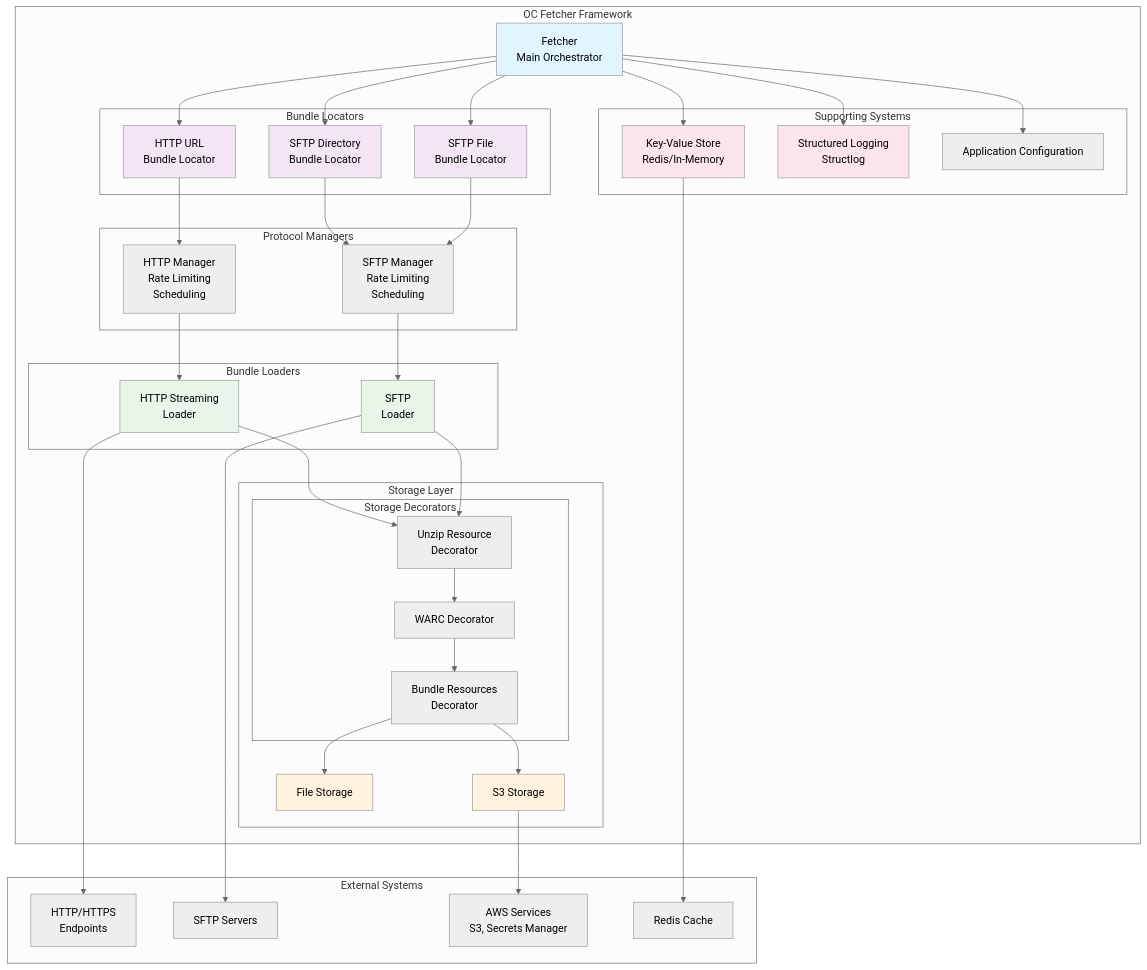
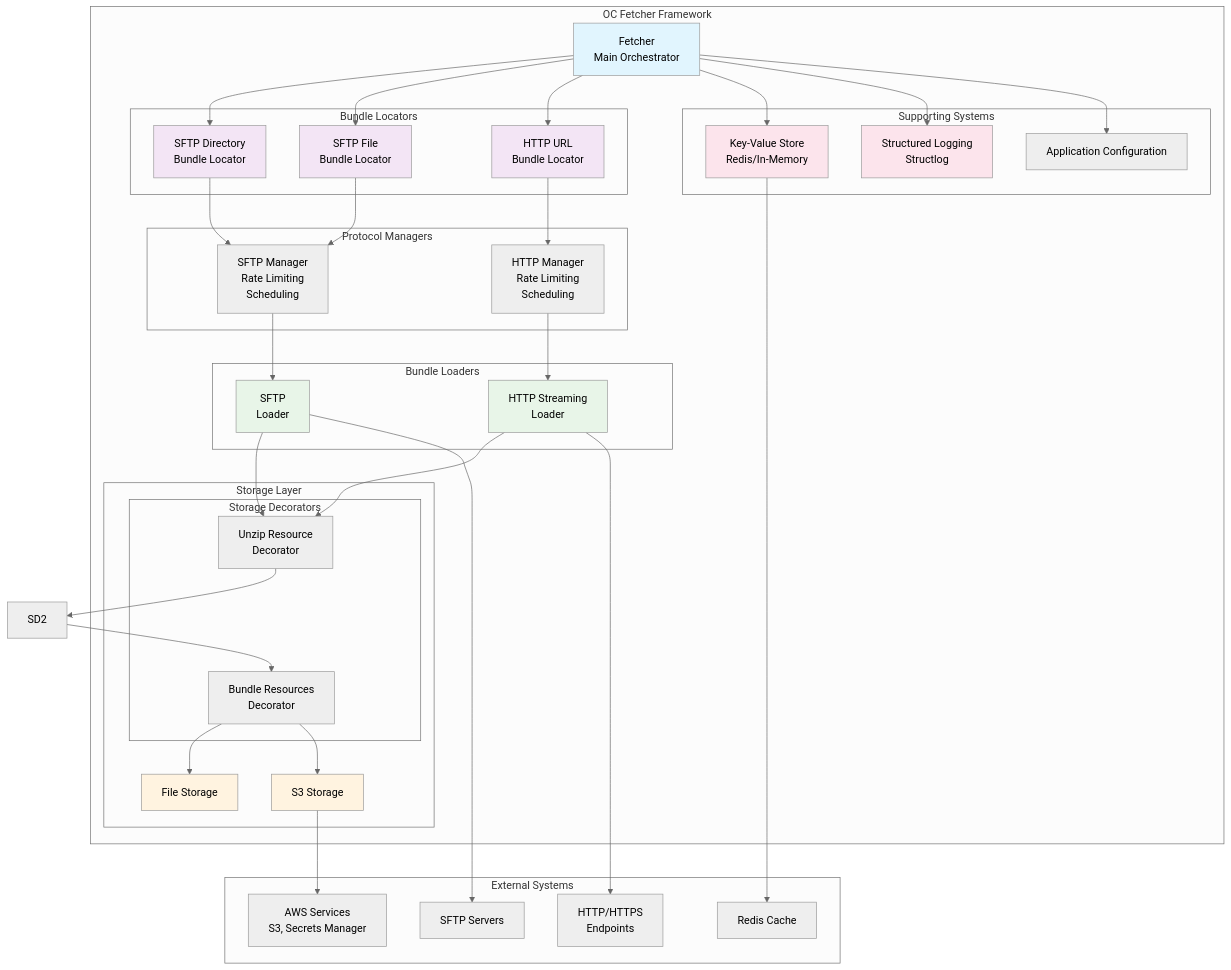
Before and after one commit to oc-ben-ellis/data-fetcher-app: the first of 4 diagrams in docs/01_architecture/overview.md, drawn with Mermaid (neutral theme). The commit also changed other lines of this file and 42 other files, not shown here.

```diff
--- a/docs/01_architecture/overview.md
+++ b/docs/01_architecture/overview.md
@@ -222,7 +222,7 @@
 
             subgraph "Storage Decorators"
                 SD1[Unzip Resource<br/>Decorator]
-                SD2[WARC Decorator]
+
                 SD3[Bundle Resources<br/>Decorator]
             end
         end
```
